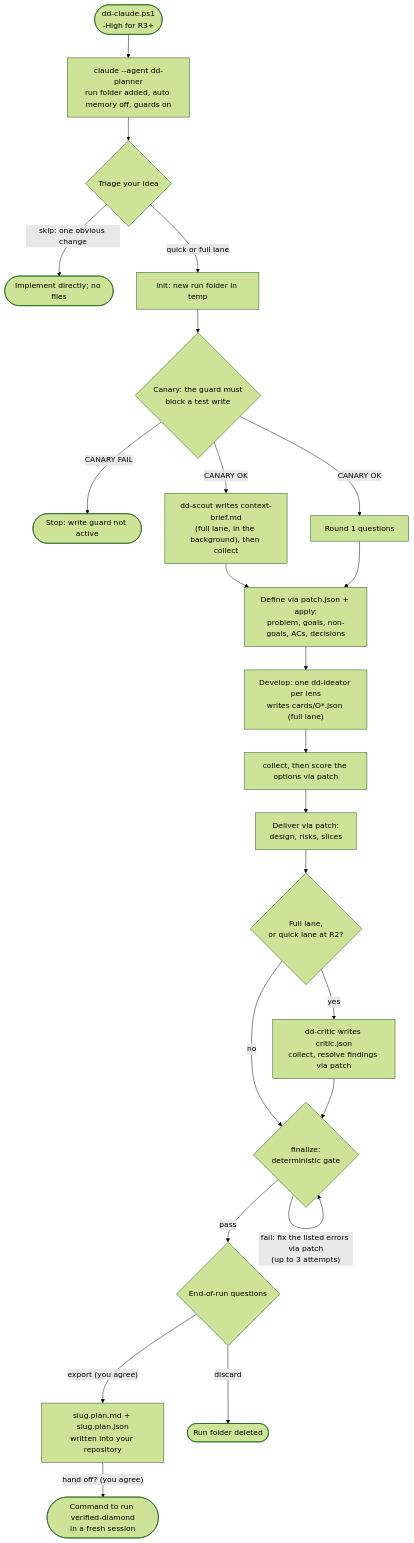
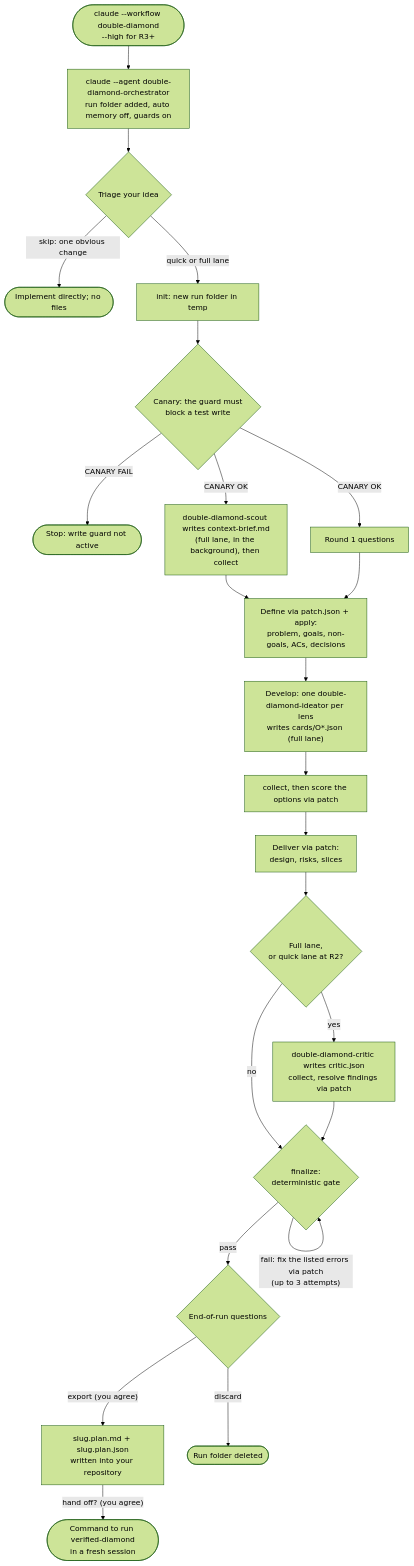
Before and after one commit to tpetrus/claude-code-workflows: the diagram in workflows/double-diamond/README.md, drawn with Mermaid (forest theme). The commit also changed other lines of this file and 42 other files, not shown here.

````diff
--- a/workflows/double-diamond/README.md
+++ b/workflows/double-diamond/README.md
@@ -12,25 +12,25 @@
 ```mermaid
 flowchart TD
-    U(["dd-claude.ps1<br/>-High for R3+"]) --> L["claude --agent dd-planner<br/>run folder added, auto memory off, guards on"]
+    U(["claude --workflow double-diamond<br/>--high for R3+"]) --> L["claude --agent double-diamond-orchestrator<br/>run folder added, auto memory off, guards on"]
     L --> T{"Triage your idea"}
     T -- "skip: one obvious change" --> S(["Implement directly; no files"])
     T -- "quick or full lane" --> I["init: new run folder in temp"]
     I --> CY{"Canary: the guard must<br/>block a test write"}
     CY -- "CANARY FAIL" --> STOP(["Stop: write guard not active"])
-    CY -- "CANARY OK" --> SC["dd-scout writes context-brief.md<br/>(full lane, in the background), then collect"]
+    CY -- "CANARY OK" --> SC["double-diamond-scout writes context-brief.md<br/>(full lane, in the background), then collect"]
     CY -- "CANARY OK" --> Q["Round 1 questions"]
     SC --> DF["Define via patch.json + apply:<br/>problem, goals, non-goals, ACs, decisions"]
     Q --> DF
-    DF --> DV["Develop: one dd-ideator per lens<br/>writes cards/O*.json (full lane)"]
+    DF --> DV["Develop: one double-diamond-ideator per lens<br/>writes cards/O*.json (full lane)"]
     DV --> SCO["collect, then score the options via patch"]
     SCO --> DL["Deliver via patch:<br/>design, risks, slices"]
     DL --> K{"Full lane,<br/>or quick lane at R2?"}
-    K -- "yes" --> CR["dd-critic writes critic.json<br/>collect, resolve findings via patch"]
+    K -- "yes" --> CR["double-diamond-critic writes critic.json<br/>collect, resolve findings via patch"]
     K -- "no" --> G
     CR --> G{"finalize:<br/>deterministic gate"}
     G -- "fail: fix the listed errors via patch<br/>(up to 3 attempts)" --> G
     G -- "pass" --> E{"End-of-run questions"}
     E -- "export (you agree)" --> X["slug.plan.md + slug.plan.json<br/>written into your repository"]
     X -- "hand off? (you agree)" --> H(["Command to run verified-diamond<br/>in a fresh session"])
     E -- "discard" --> Z(["Run folder deleted"])
 ```
````
